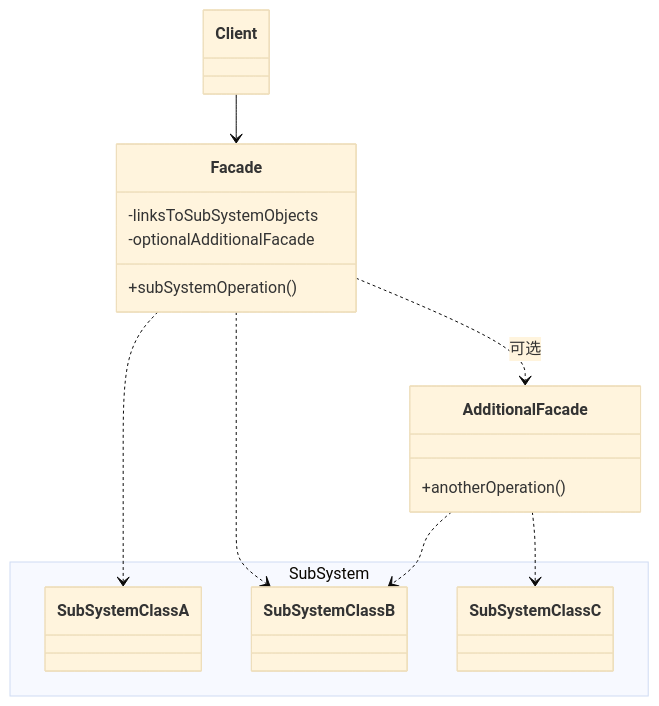
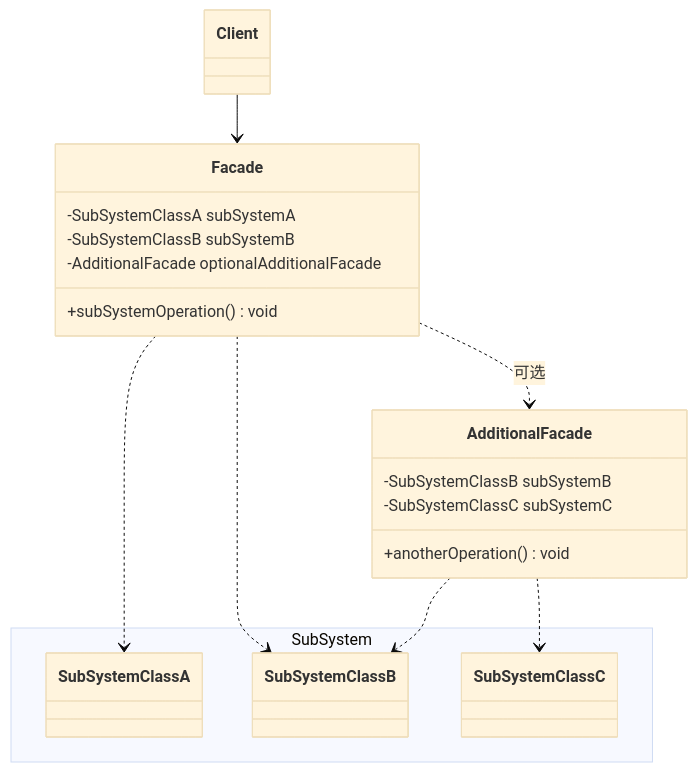
One commit to zhonghongfly/CodeGuide changed the diagram in content/posts/design-pattern/structural/design-pattern-structural-facade/index.zh-cn.md. Above: the diagram before and after it, drawn with Mermaid (base theme). The commit also changed other lines of this file and 3 other files, not shown here.

```diff
--- a/content/posts/design-pattern/structural/design-pattern-structural-facade/index.zh-cn.md
+++ b/content/posts/design-pattern/structural/design-pattern-structural-facade/index.zh-cn.md
@@ -20,28 +20,31 @@
 {{< mermaid >}}
 classDiagram
   class Facade {
-    -linksToSubSystemObjects
-    -optionalAdditionalFacade
-    +subSystemOperation()
+    -SubSystemClassA subSystemA
+    -SubSystemClassB subSystemB
+    -AdditionalFacade optionalAdditionalFacade
+    +subSystemOperation() void
   }
 
   class AdditionalFacade {
-    +anotherOperation()
+    -SubSystemClassB subSystemB
+    -SubSystemClassC subSystemC
+    +anotherOperation() void
   }
 
   namespace SubSystem {
     class SubSystemClassA
     class SubSystemClassB
     class SubSystemClassC
   }
 
   Facade ..> AdditionalFacade : 可选
   Facade ..> SubSystemClassA
   Facade ..> SubSystemClassB
 
   AdditionalFacade ..> SubSystemClassB
   AdditionalFacade ..> SubSystemClassC
 
   class Client
   Client --> Facade
 {{< /mermaid >}}
```
